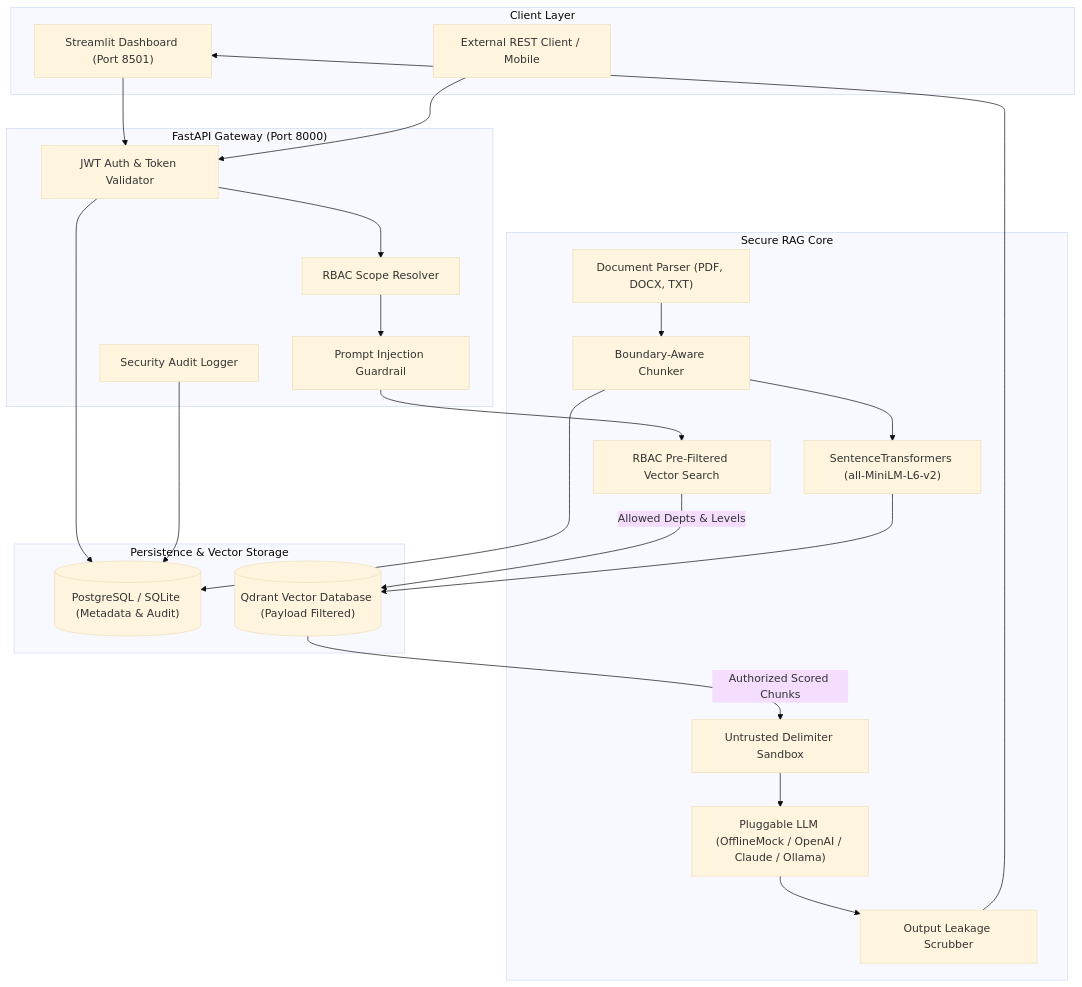
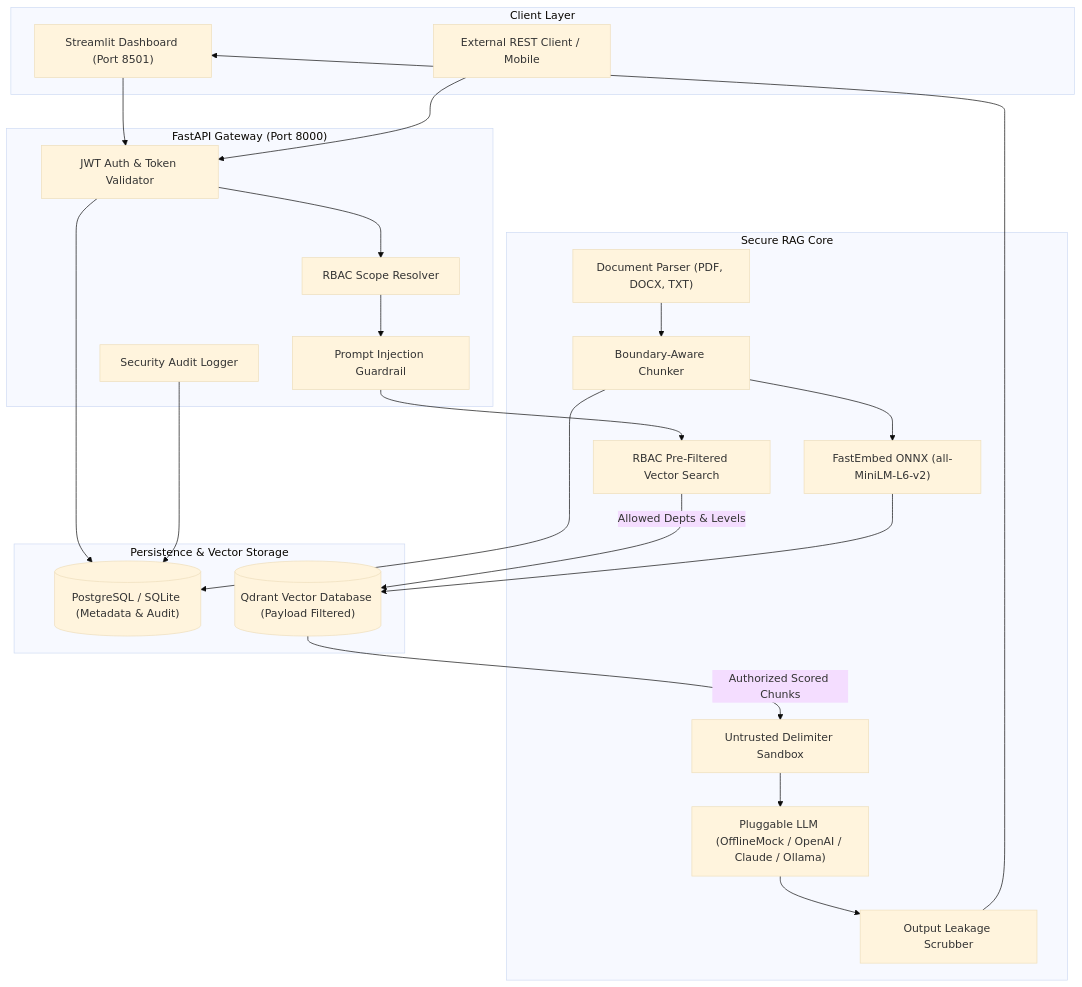
Before and after one commit to saumitra-sinha-1267/enterprise-ai-knowledge-platform: the diagram in README.md, drawn with Mermaid (base theme). The commit also changed other lines of this file and 1 other file, not shown here.

Commit message:
docs: add live production deployment links, personas guide, and FastEmbed ONNX architecture to README

````diff
--- a/README.md
+++ b/README.md
@@ -41,45 +68,45 @@
 ```mermaid
 flowchart TD
     subgraph ClientLayer ["Client Layer"]
         UI["Streamlit Dashboard (Port 8501)"]
         API_Client["External REST Client / Mobile"]
     end
 
     subgraph APILayer ["FastAPI Gateway (Port 8000)"]
         AuthMid["JWT Auth & Token Validator"]
         RBAC_Eng["RBAC Scope Resolver"]
         InputGuard["Prompt Injection Guardrail"]
         AuditLog["Security Audit Logger"]
     end
 
     subgraph PipelineLayer ["Secure RAG Core"]
         Parser["Document Parser (PDF, DOCX, TXT)"]
         Chunker["Boundary-Aware Chunker"]
-        Embedder["SentenceTransformers (all-MiniLM-L6-v2)"]
+        Embedder["FastEmbed ONNX (all-MiniLM-L6-v2)"]
         PreFilter["RBAC Pre-Filtered Vector Search"]
         PromptBuilder["Untrusted Delimiter Sandbox"]
         LLM["Pluggable LLM (OfflineMock / OpenAI / Claude / Ollama)"]
         OutScrubber["Output Leakage Scrubber"]
     end
 
     subgraph DataLayer ["Persistence & Vector Storage"]
         Postgres[("PostgreSQL / SQLite (Metadata & Audit)")]
         Qdrant[("Qdrant Vector Database (Payload Filtered)")]
     end
 
     UI --> AuthMid
     API_Client --> AuthMid
     AuthMid --> RBAC_Eng
     RBAC_Eng --> InputGuard
     InputGuard --> PreFilter
     PreFilter -->|Allowed Depts & Levels| Qdrant
     Qdrant -->|Authorized Scored Chunks| PromptBuilder
     PromptBuilder --> LLM
     LLM --> OutScrubber
     OutScrubber --> UI
     
     Parser --> Chunker --> Embedder --> Qdrant
     Chunker --> Postgres
     AuthMid --> Postgres
     AuditLog --> Postgres
 ```
````
